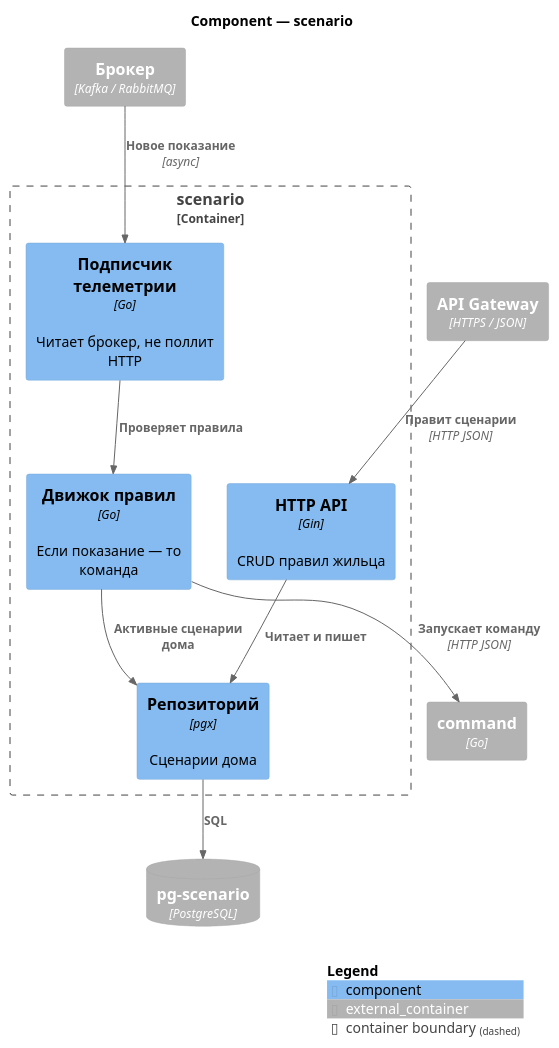
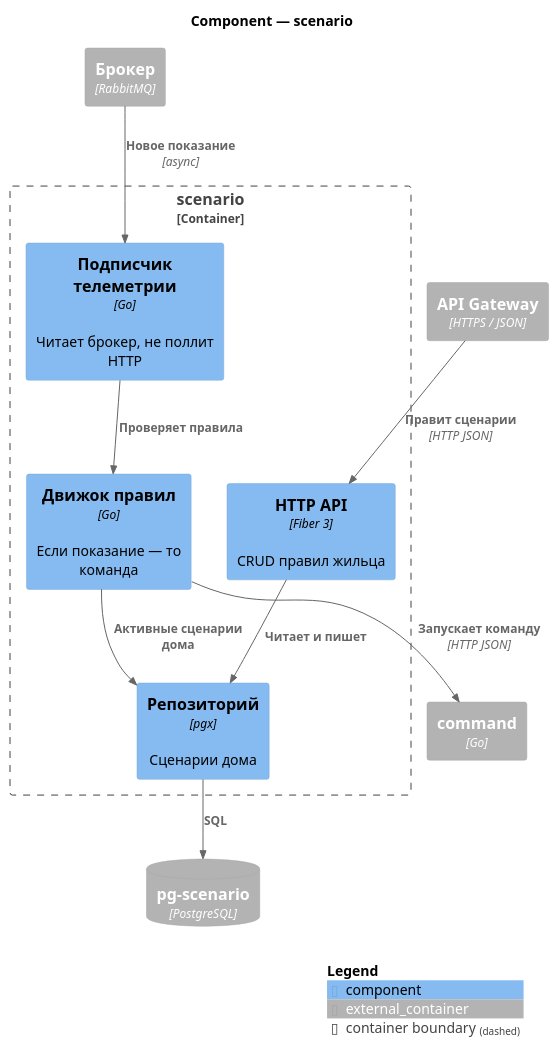
The diagram in docs/c4/02-component-scenario.puml (Dima-Karpov/architecture-pro-warmhouse), drawn with PlantUML before and after one commit. The commit also changed 20 other files, not shown here.

```diff
--- a/docs/c4/02-component-scenario.puml
+++ b/docs/c4/02-component-scenario.puml
@@ -1,27 +1,27 @@
 @startuml
 !include https://raw.githubusercontent.com/plantuml-stdlib/C4-PlantUML/master/C4_Component.puml
 
 title Component — scenario
 
 Container_Boundary(scenario, "scenario") {
-    Component(api, "HTTP API", "Gin", "CRUD правил жильца")
+    Component(api, "HTTP API", "Fiber 3", "CRUD правил жильца")
     Component(engine, "Движок правил", "Go", "Если показание — то команда")
     Component(consumer, "Подписчик телеметрии", "Go", "Читает брокер, не поллит HTTP")
     Component(repo, "Репозиторий", "pgx", "Сценарии дома")
 }
 
 ContainerDb_Ext(db, "pg-scenario", "PostgreSQL")
 Container_Ext(gw, "API Gateway", "HTTPS / JSON")
 Container_Ext(cmd, "command", "Go")
-Container_Ext(broker, "Брокер", "Kafka / RabbitMQ")
+Container_Ext(broker, "Брокер", "RabbitMQ")
 
 Rel(gw, api, "Правит сценарии", "HTTP JSON")
 Rel(api, repo, "Читает и пишет")
 Rel(repo, db, "SQL")
 Rel(broker, consumer, "Новое показание", "async")
 Rel(consumer, engine, "Проверяет правила")
 Rel(engine, repo, "Активные сценарии дома")
 Rel(engine, cmd, "Запускает команду", "HTTP JSON")
 
 SHOW_LEGEND()
 @enduml
```
